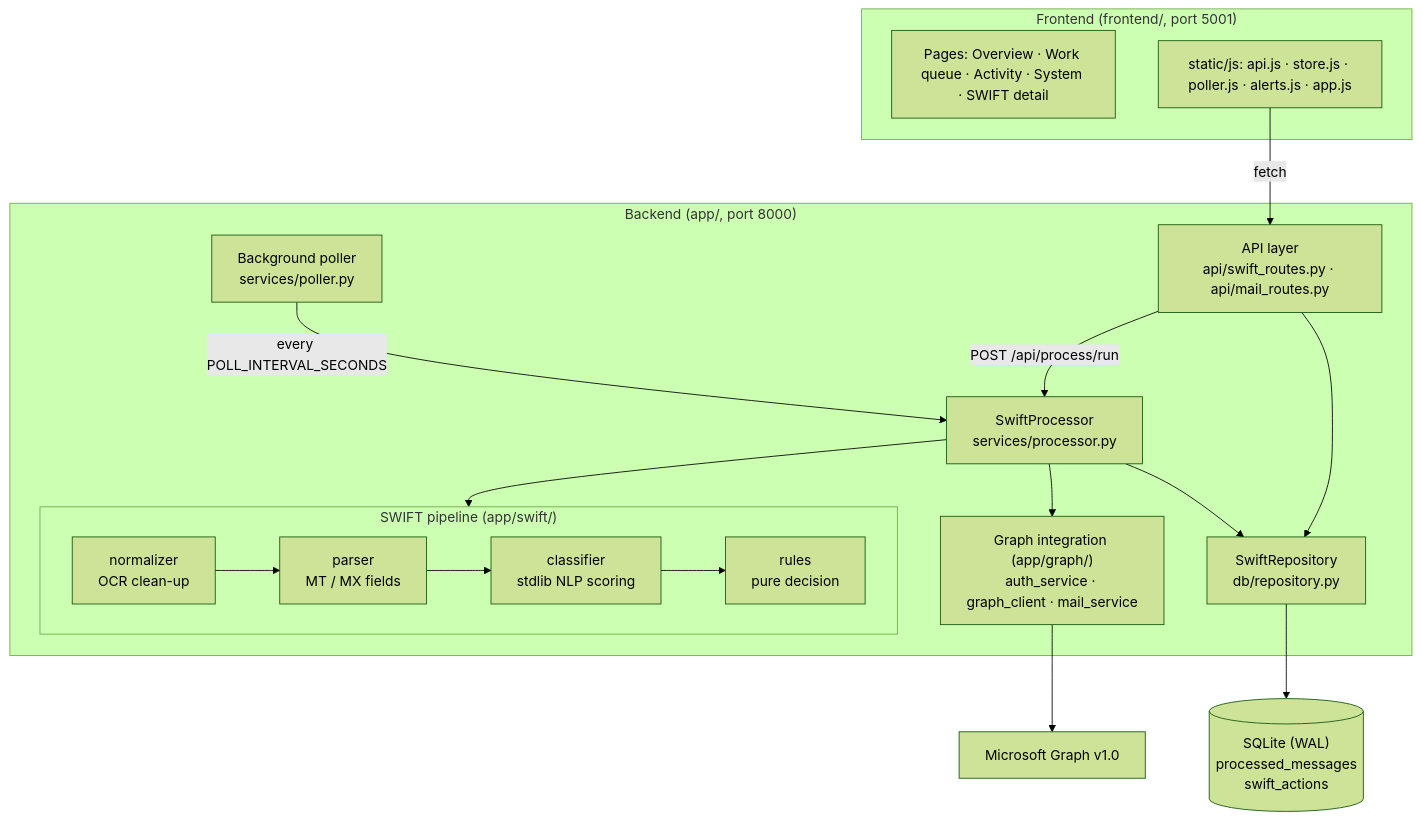
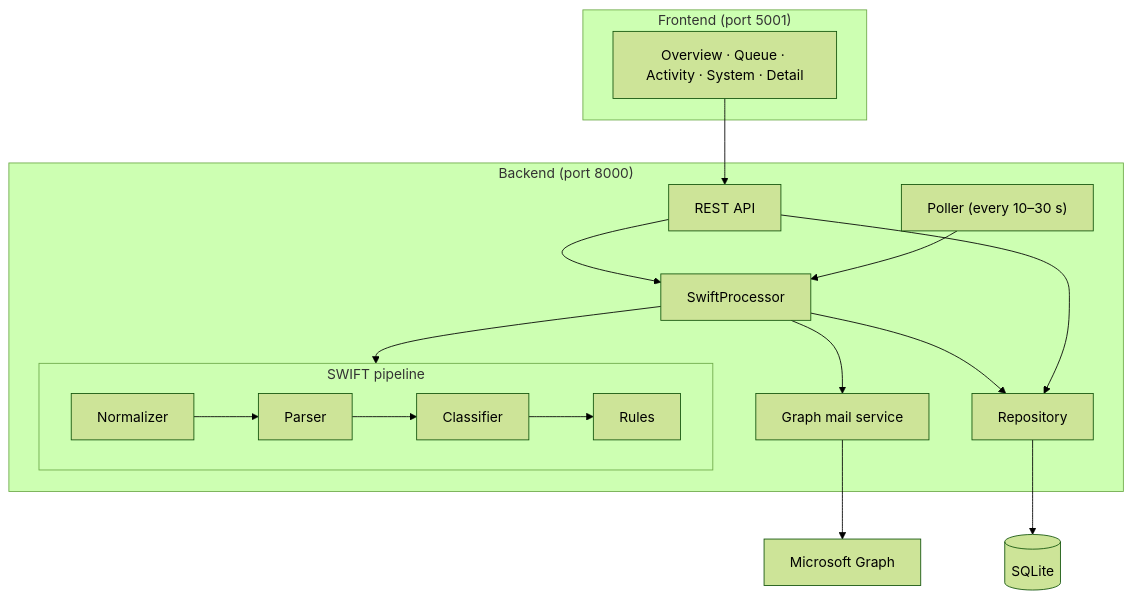
One commit to shreyapalavalli/swift-mailbox-monitor changed the second of 3 diagrams in docs/architecture/solution-architecture.md. Above: the diagram before and after it, drawn with Mermaid (forest theme). The commit also changed other lines of this file, not shown here.

Commit message:
docs: condense solution architecture; simple tables that render everywhere

````diff
--- a/docs/architecture/solution-architecture.md
+++ b/docs/architecture/solution-architecture.md
@@ -49,29 +27,26 @@
 ```mermaid
 flowchart TB
-    subgraph FE["Frontend (frontend/, port 5001)"]
-        Pages["Pages: Overview · Work queue · Activity · System · SWIFT detail"]
-        JS["static/js: api.js · store.js · poller.js · alerts.js · app.js"]
+    subgraph Frontend["Frontend (port 5001)"]
+        UI["Overview · Queue · Activity · System · Detail"]
     end
+    subgraph Backend["Backend (port 8000)"]
+        API["REST API"]
+        Poller["Poller (every 10–30 s)"]
+        Proc["SwiftProcessor"]
+        subgraph Pipeline["SWIFT pipeline"]
+            Norm["Normalizer"] --> Parse["Parser"] --> Cls["Classifier"] --> Rules["Rules"]
+        end
+        Graph["Graph mail service"]
+        Repo["Repository"]
+    end
+    DB[("SQLite")]
+    MS["Microsoft Graph"]
 
-    subgraph BE["Backend (app/, port 8000)"]
-        API["API layer<br/>api/swift_routes.py · api/mail_routes.py"]
-        Poller["Background poller<br/>services/poller.py"]
-        Proc["SwiftProcessor<br/>services/processor.py"]
-        subgraph NLP["SWIFT pipeline (app/swift/)"]
-            Norm["normalizer<br/>OCR clean-up"] --> Parse["parser<br/>MT / MX fields"] --> Cls["classifier<br/>stdlib NLP scoring"] --> Rules["rules<br/>pure decision"]
-        end
-        Graph["Graph integration (app/graph/)<br/>auth_service · graph_client · mail_service"]
-        Repo["SwiftRepository<br/>db/repository.py"]
-    end
-
-    DB[("SQLite (WAL)<br/>processed_messages<br/>swift_actions")]
-    MSGraph["Microsoft Graph v1.0"]
-
-    JS -->|fetch| API
-    Poller -->|every POLL_INTERVAL_SECONDS| Proc
-    API -->|POST /api/process/run| Proc
-    Proc --> NLP
-    Proc --> Graph --> MSGraph
+    UI --> API
+    API --> Proc
+    Poller --> Proc
+    Proc --> Pipeline
+    Proc --> Graph --> MS
     Proc --> Repo --> DB
     API --> Repo
 ```
````
